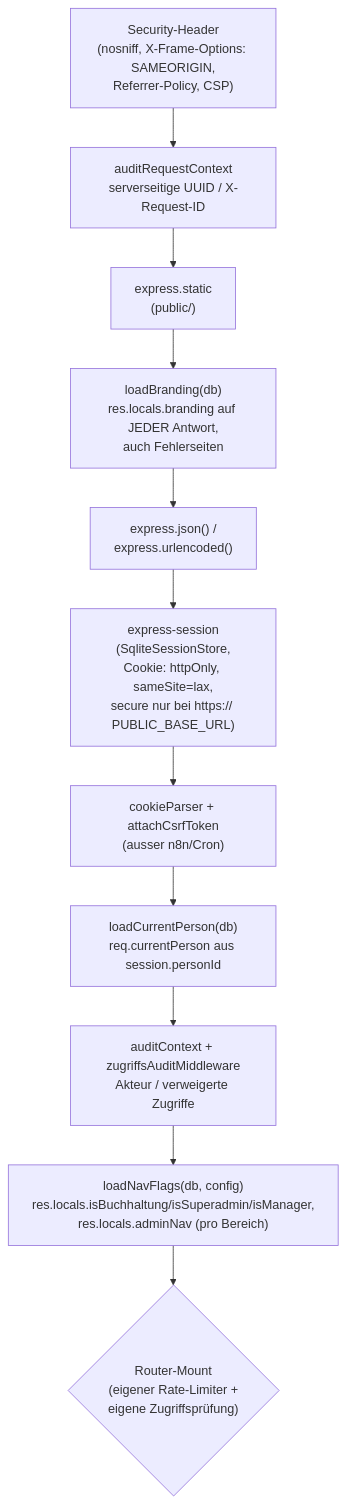
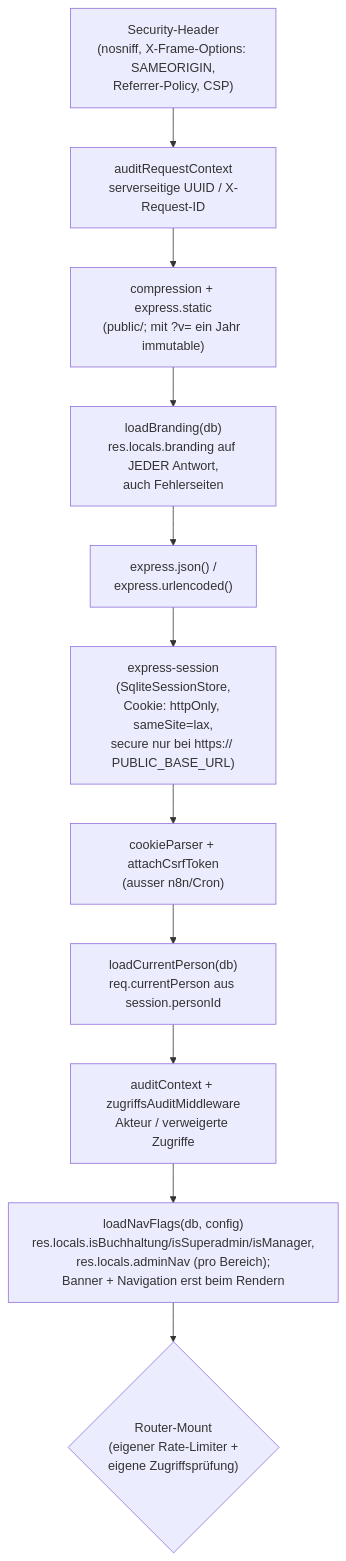
The second of 2 diagrams in docs/architektur.md (rony326/freigabeportal), drawn with Mermaid before and after one commit. The commit also changed other lines of this file and 16 other files, not shown here.

````diff
--- a/docs/architektur.md
+++ b/docs/architektur.md
@@ -75,13 +75,13 @@
 ```mermaid
 flowchart TD
     A["Security-Header<br/>(nosniff, X-Frame-Options: SAMEORIGIN,<br/>Referrer-Policy, CSP)"] --> R["auditRequestContext<br/>serverseitige UUID / X-Request-ID"]
-    R --> B["express.static<br/>(public/)"]
+    R --> B["compression + express.static<br/>(public/; mit ?v= ein Jahr immutable)"]
     B --> C["loadBranding(db)<br/>res.locals.branding auf JEDER Antwort,<br/>auch Fehlerseiten"]
     C --> D["express.json() /<br/>express.urlencoded()"]
     D --> E["express-session<br/>(SqliteSessionStore,<br/>Cookie: httpOnly, sameSite=lax,<br/>secure nur bei https:// PUBLIC_BASE_URL)"]
     E --> CS["cookieParser + attachCsrfToken<br/>(ausser n8n/Cron)"]
     CS --> F["loadCurrentPerson(db)<br/>req.currentPerson aus session.personId"]
     F --> AU["auditContext + zugriffsAuditMiddleware<br/>Akteur / verweigerte Zugriffe"]
-    AU --> G["loadNavFlags(db, config)<br/>res.locals.isBuchhaltung/isSuperadmin/isManager,<br/>res.locals.adminNav (pro Bereich)"]
+    AU --> G["loadNavFlags(db, config)<br/>res.locals.isBuchhaltung/isSuperadmin/isManager,<br/>res.locals.adminNav (pro Bereich);<br/>Banner + Navigation erst beim Rendern"]
     G --> H{"Router-Mount<br/>(eigener Rate-Limiter +<br/>eigene Zugriffsprüfung)"}
 ```
````
